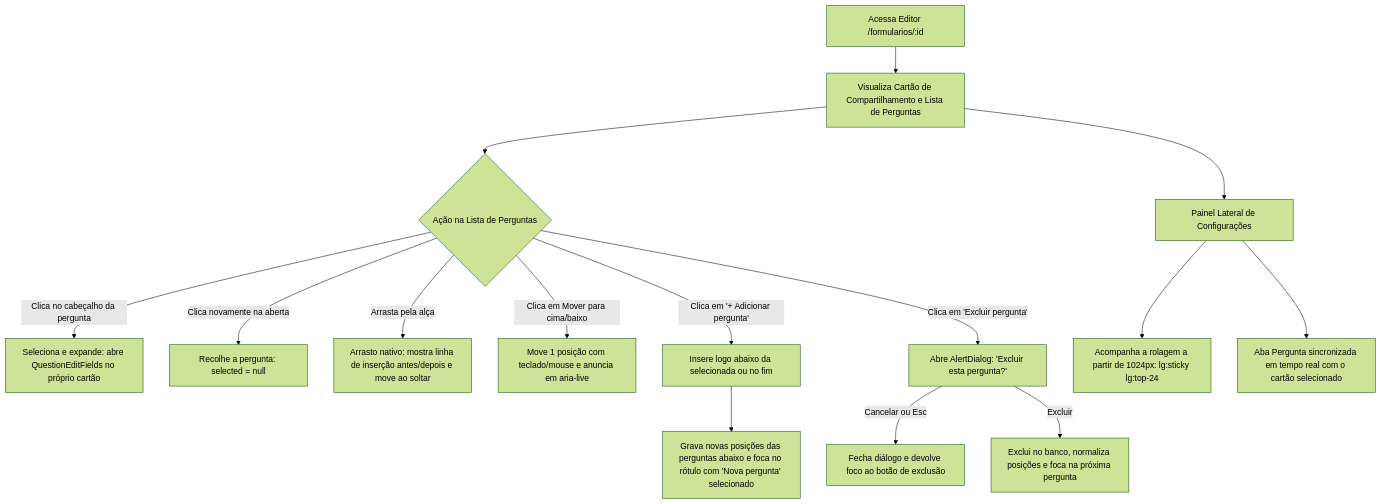
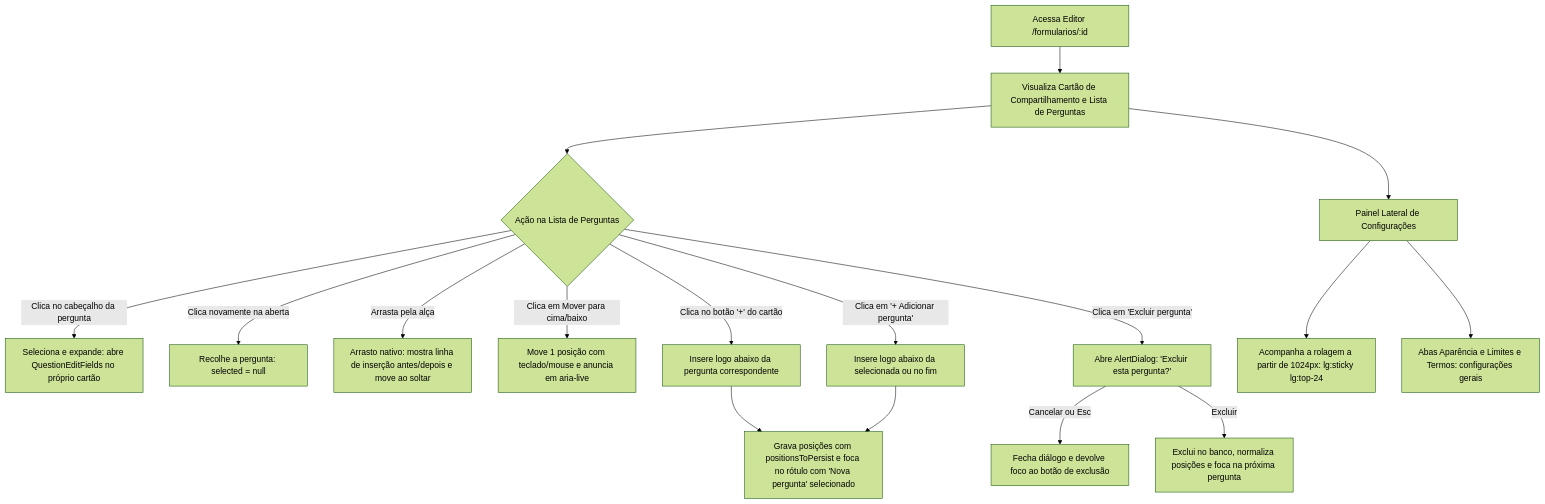
The first of 5 diagrams in specs/001-fase-0-no-ar/design/ui-ux.md (ThiagoMiranda40/form-builder-pro), drawn with Mermaid (forest theme) before and after one commit. The commit also changed other lines of this file and 2 other files, not shown here.

Commit message:
docs: registra a T-34c (Enter nas opções, adicionar abaixo e painel sem a aba Pergunta)

````diff
--- a/specs/001-fase-0-no-ar/design/ui-ux.md
+++ b/specs/001-fase-0-no-ar/design/ui-ux.md
@@ -54,17 +54,19 @@
   ```mermaid
   flowchart TD
       A[Acessa Editor /formularios/:id] --> B[Visualiza Cartão de Compartilhamento e Lista de Perguntas]
       B --> C{Ação na Lista de Perguntas}
       C -->|Clica no cabeçalho da pergunta| D[Seleciona e expande: abre QuestionEditFields no próprio cartão]
       C -->|Clica novamente na aberta| E[Recolhe a pergunta: selected = null]
       C -->|Arrasta pela alça| F[Arrasto nativo: mostra linha de inserção antes/depois e move ao soltar]
       C -->|Clica em Mover para cima/baixo| G[Move 1 posição com teclado/mouse e anuncia em aria-live]
-      C -->|Clica em '+ Adicionar pergunta'| H[Insere logo abaixo da selecionada ou no fim]
-      H --> I[Grava novas posições das perguntas abaixo e foca no rótulo com 'Nova pergunta' selecionado]
+      C -->|Clica no botão '+' do cartão| H1[Insere logo abaixo da pergunta correspondente]
+      C -->|Clica em '+ Adicionar pergunta'| H2[Insere logo abaixo da selecionada ou no fim]
+      H1 --> I[Grava posições com positionsToPersist e foca no rótulo com 'Nova pergunta' selecionado]
+      H2 --> I
       C -->|Clica em 'Excluir pergunta'| J[Abre AlertDialog: 'Excluir esta pergunta?']
       J -->|Cancelar ou Esc| K[Fecha diálogo e devolve foco ao botão de exclusão]
       J -->|Excluir| L[Exclui no banco, normaliza posições e foca na próxima pergunta]
       B --> M[Painel Lateral de Configurações]
       M --> N[Acompanha a rolagem a partir de 1024px: lg:sticky lg:top-24]
-      M --> O[Aba Pergunta sincronizada em tempo real com o cartão selecionado]
+      M --> O[Abas Aparência e Limites e Termos: configurações gerais]
   ```
````
